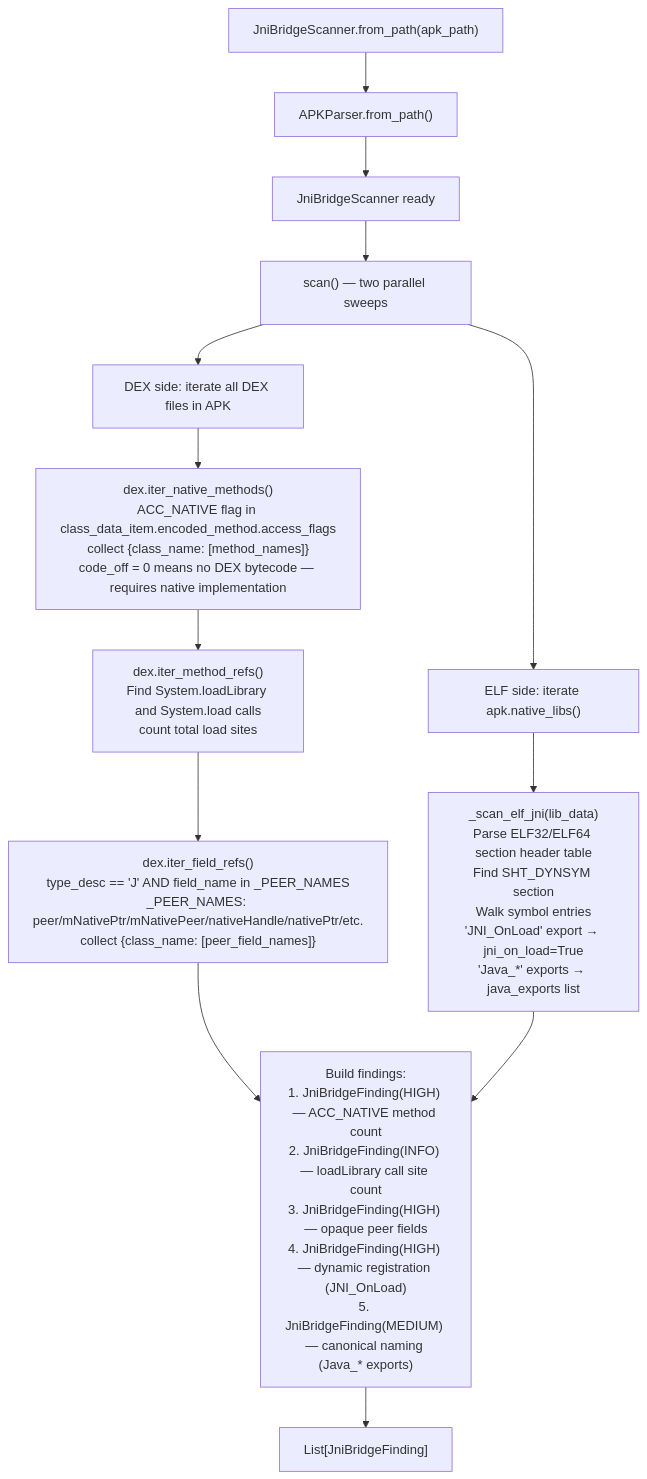
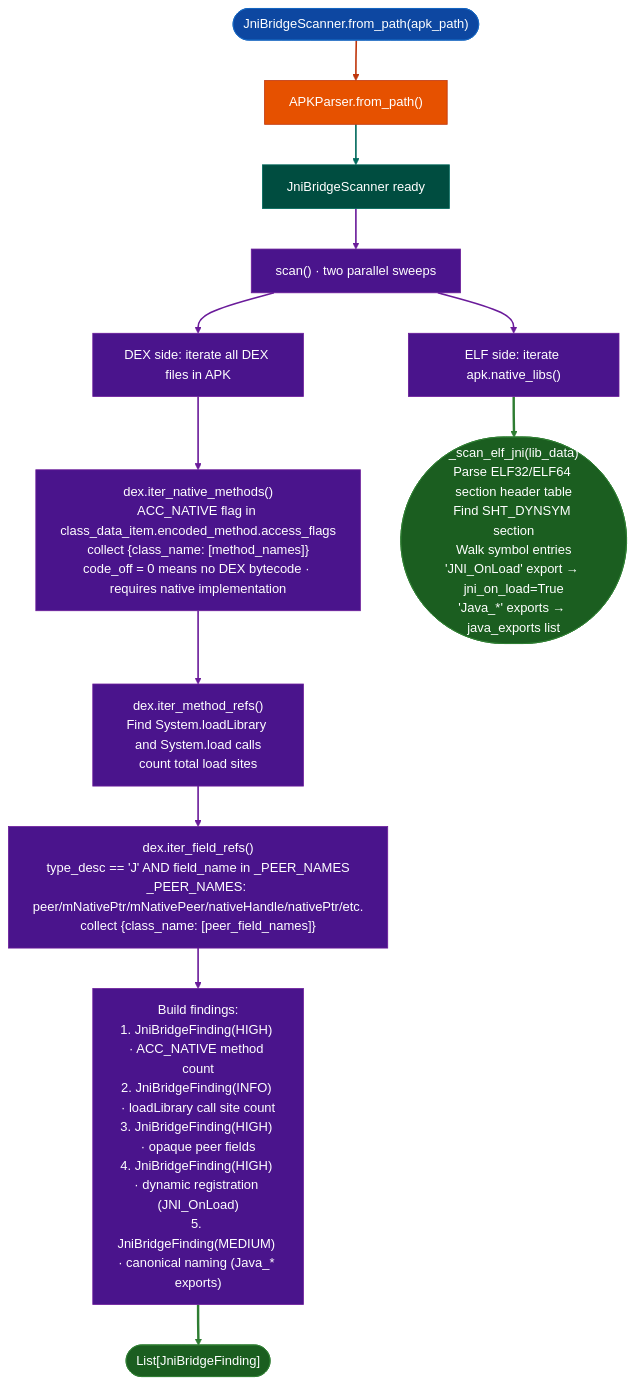
The diagram in docs/reference-modules/jni-bridge-reconstruction.md (Ablation-Tool/ablation), drawn with Mermaid before and after one commit. The commit also changed 320 other files, not shown here.

First line of the commit message:
docs: apply canonical Mermaid template to all 321 diagrams

````diff
--- a/docs/reference-modules/jni-bridge-reconstruction.md
+++ b/docs/reference-modules/jni-bridge-reconstruction.md
@@ -19,14 +19,31 @@
 ```mermaid
 flowchart TD
-    A["JniBridgeScanner.from_path(apk_path)"] --> B["APKParser.from_path()"]
-    B --> C[JniBridgeScanner ready]
-    C --> D["scan() — two parallel sweeps"]
-    D --> E["DEX side: iterate all DEX files in APK"]
-    E --> F["dex.iter_native_methods()\nACC_NATIVE flag in class_data_item.encoded_method.access_flags\ncollect {class_name: [method_names]}\ncode_off = 0 means no DEX bytecode — requires native implementation"]
-    F --> G["dex.iter_method_refs()\nFind System.loadLibrary and System.load calls\ncount total load sites"]
-    G --> H["dex.iter_field_refs()\ntype_desc == 'J' AND field_name in _PEER_NAMES\n_PEER_NAMES: peer/mNativePtr/mNativePeer/nativeHandle/nativePtr/etc.\ncollect {class_name: [peer_field_names]}"]
-    D --> I["ELF side: iterate apk.native_libs()"]
-    I --> J["_scan_elf_jni(lib_data)\nParse ELF32/ELF64 section header table\nFind SHT_DYNSYM section\nWalk symbol entries\n'JNI_OnLoad' export → jni_on_load=True\n'Java_*' exports → java_exports list"]
-    H & J --> K["Build findings:\n1. JniBridgeFinding(HIGH) — ACC_NATIVE method count\n2. JniBridgeFinding(INFO) — loadLibrary call site count\n3. JniBridgeFinding(HIGH) — opaque peer fields\n4. JniBridgeFinding(HIGH) — dynamic registration (JNI_OnLoad)\n5. JniBridgeFinding(MEDIUM) — canonical naming (Java_* exports)"]
-    K --> L["List[JniBridgeFinding]"]
+    A(["JniBridgeScanner.from_path(apk_path)"]):::input --> B["APKParser.from_path()"]:::primary
+    B:::primary --> C["JniBridgeScanner ready"]:::secondary
+    C:::secondary --> D["scan() · two parallel sweeps"]:::tertiary
+    D:::tertiary --> E["DEX side: iterate all DEX files in APK"]:::tertiary
+    E:::tertiary --> F["dex.iter_native_methods()\nACC_NATIVE flag in class_data_item.encoded_method.access_flags\ncollect {class_name: [method_names]}\ncode_off = 0 means no DEX bytecode · requires native implementation"]:::tertiary
+    F:::tertiary --> G["dex.iter_method_refs()\nFind System.loadLibrary and System.load calls\ncount total load sites"]:::tertiary
+    G:::tertiary --> H["dex.iter_field_refs()\ntype_desc == 'J' AND field_name in _PEER_NAMES\n_PEER_NAMES: peer/mNativePtr/mNativePeer/nativeHandle/nativePtr/etc.\ncollect {class_name: [peer_field_names]}"]:::tertiary
+    D:::tertiary --> I["ELF side: iterate apk.native_libs()"]:::tertiary
+    I:::tertiary --> J(["_scan_elf_jni(lib_data)\nParse ELF32/ELF64 section header table\nFind SHT_DYNSYM section\nWalk symbol entries\n'JNI_OnLoad' export → jni_on_load=True\n'Java_*' exports → java_exports list"]):::output
+    H:::tertiary --> K["Build findings:\n1. JniBridgeFinding(HIGH) · ACC_NATIVE method count\n2. JniBridgeFinding(INFO) · loadLibrary call site count\n3. JniBridgeFinding(HIGH) · opaque peer fields\n4. JniBridgeFinding(HIGH) · dynamic registration (JNI_OnLoad)\n5. JniBridgeFinding(MEDIUM) · canonical naming (Java_* exports)"]:::tertiary
+    K:::tertiary --> L(["List[JniBridgeFinding]"]):::output
+    classDef input     fill:#0d47a1,stroke:#1565c0,color:#fff
+    classDef primary   fill:#e65100,stroke:#bf360c,color:#fff
+    classDef secondary fill:#004d40,stroke:#00695c,color:#fff
+    classDef tertiary  fill:#4a148c,stroke:#6a1b9a,color:#fff
+    classDef neutral   fill:#37474f,stroke:#546e7a,color:#fff
+    classDef output    fill:#1b5e20,stroke:#2e7d32,color:#fff
+    linkStyle 0 stroke:#bf360c,stroke-width:2px
+    linkStyle 1 stroke:#00695c,stroke-width:2px
+    linkStyle 2 stroke:#6a1b9a,stroke-width:2px
+    linkStyle 3 stroke:#6a1b9a,stroke-width:2px
+    linkStyle 4 stroke:#6a1b9a,stroke-width:2px
+    linkStyle 5 stroke:#6a1b9a,stroke-width:2px
+    linkStyle 6 stroke:#6a1b9a,stroke-width:2px
+    linkStyle 7 stroke:#6a1b9a,stroke-width:2px
+    linkStyle 8 stroke:#2e7d32,stroke-width:3px
+    linkStyle 9 stroke:#6a1b9a,stroke-width:2px
+    linkStyle 10 stroke:#2e7d32,stroke-width:3px
 ```
````
